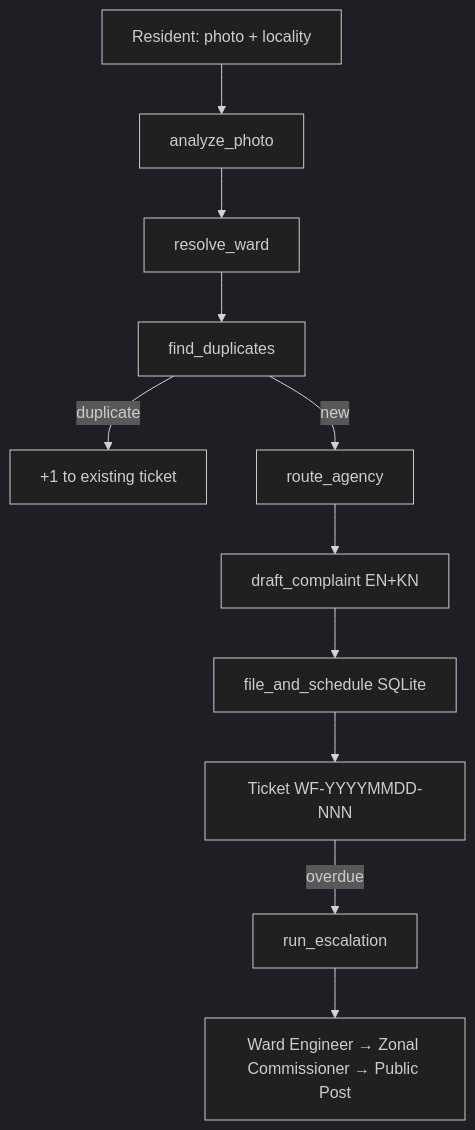
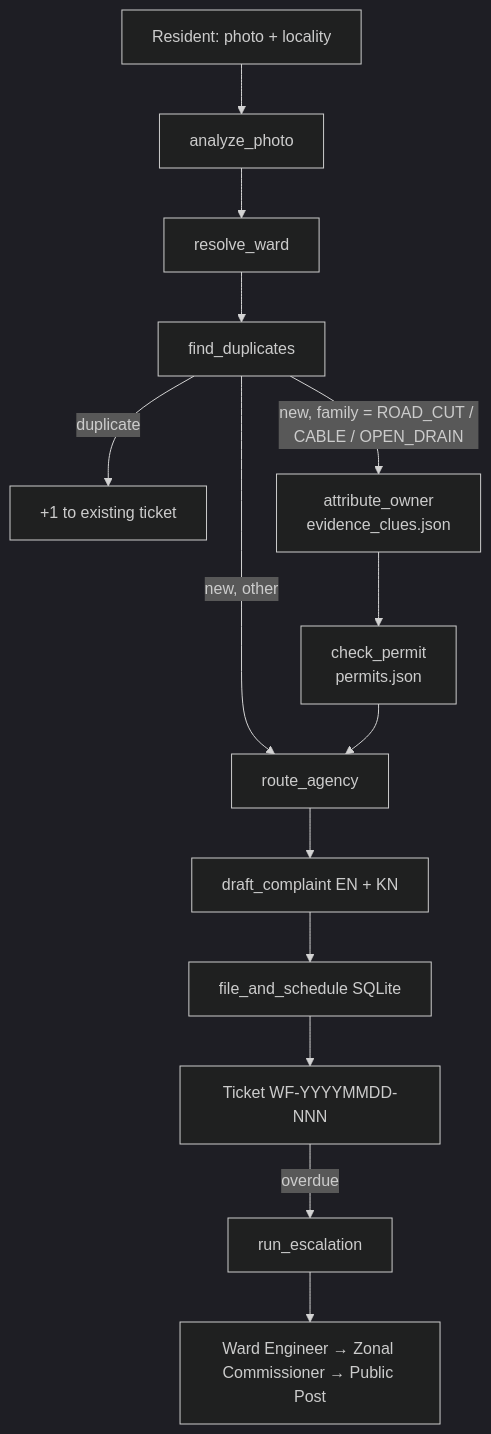
The diagram in README.md (harishcrajan/nammaseve), drawn with Mermaid (dark theme) before and after one commit. The commit also changed other lines of this file and 18 other files, not shown here.

````diff
--- a/README.md
+++ b/README.md
@@ -23,13 +29,16 @@
 ```mermaid
 flowchart TD
     A[Resident: photo + locality] --> B[analyze_photo]
     B --> C[resolve_ward]
     C --> D[find_duplicates]
     D -->|duplicate| E[+1 to existing ticket]
-    D -->|new| F[route_agency]
-    F --> G[draft_complaint EN+KN]
-    G --> H[file_and_schedule SQLite]
-    H --> I[Ticket WF-YYYYMMDD-NNN]
-    I -->|overdue| J[run_escalation]
-    J --> K[Ward Engineer → Zonal Commissioner → Public Post]
+    D -->|new, family = ROAD_CUT / CABLE / OPEN_DRAIN| F[attribute_owner<br/>evidence_clues.json]
+    F --> G[check_permit<br/>permits.json]
+    D -->|new, other| H
+    G --> H[route_agency]
+    H --> I[draft_complaint EN + KN]
+    I --> J[file_and_schedule SQLite]
+    J --> K[Ticket WF-YYYYMMDD-NNN]
+    K -->|overdue| L[run_escalation]
+    L --> M[Ward Engineer → Zonal Commissioner → Public Post]
 ```
````
